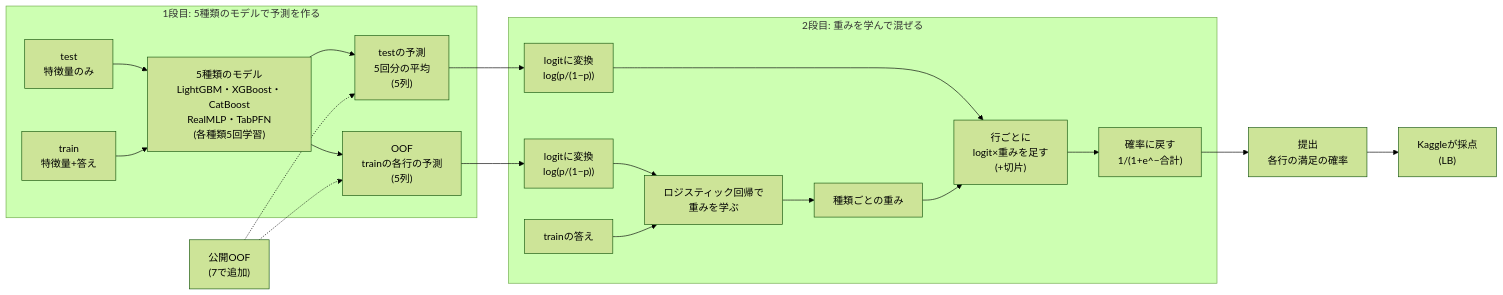
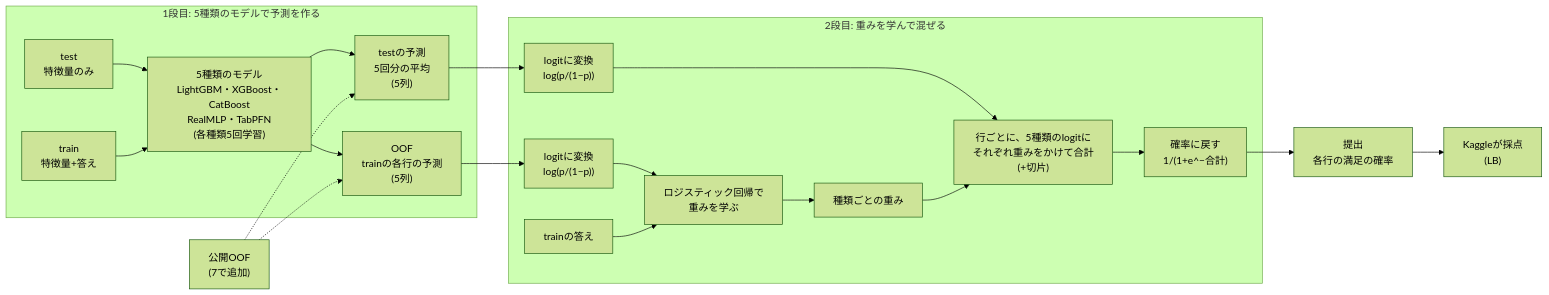
Before and after one commit to aramaki5443-art/kaggle-s6e10-airline-satisfaction: the diagram in README.md, drawn with Mermaid (forest theme). The commit also changed other lines of this file, not shown here.

Commit message:
README: clarify the weighted sum step and explain the intercept
Claude-Session: https://claude.ai/code/session_01W4XQw12fApd9PttvvKTwbS

````diff
--- a/README.md
+++ b/README.md
@@ -133,22 +133,22 @@
 ```mermaid
 flowchart LR
   subgraph S1["1段目: 5種類のモデルで予測を作る"]
     TE["test<br>特徴量のみ"] --> M["5種類のモデル<br>LightGBM・XGBoost・CatBoost<br>RealMLP・TabPFN<br>(各種類5回学習)"]
     TR["train<br>特徴量+答え"] --> M
     M --> OOF["OOF<br>trainの各行の予測<br>(5列)"]
     M --> TP["testの予測<br>5回分の平均<br>(5列)"]
   end
   subgraph S2["2段目: 重みを学んで混ぜる"]
     OOF --> LO1["logitに変換<br>log(p/(1−p))"]
     LO1 --> LR["ロジスティック回帰で<br>重みを学ぶ"]
     Y["trainの答え"] --> LR
     LR --> W["種類ごとの重み"]
     TP --> LO2["logitに変換<br>log(p/(1−p))"]
-    LO2 --> MIX["行ごとに<br>logit×重みを足す<br>(+切片)"]
+    LO2 --> MIX["行ごとに、5種類のlogitに<br>それぞれ重みをかけて合計<br>(+切片)"]
     W --> MIX
     MIX --> SIG["確率に戻す<br>1/(1+e^−合計)"]
   end
   PUB["公開OOF<br>(7で追加)"] -.-> OOF
   PUB -.-> TP
   SIG --> SUB["提出<br>各行の満足の確率"] --> LB["Kaggleが採点<br>(LB)"]
 ```
````
